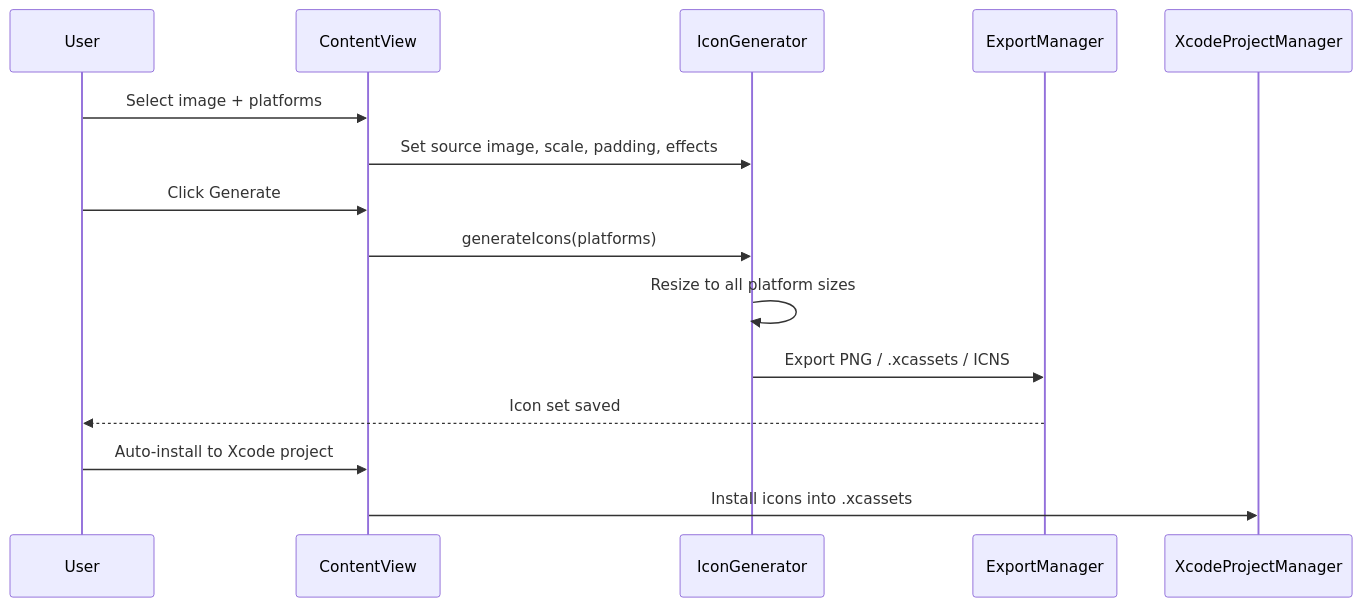
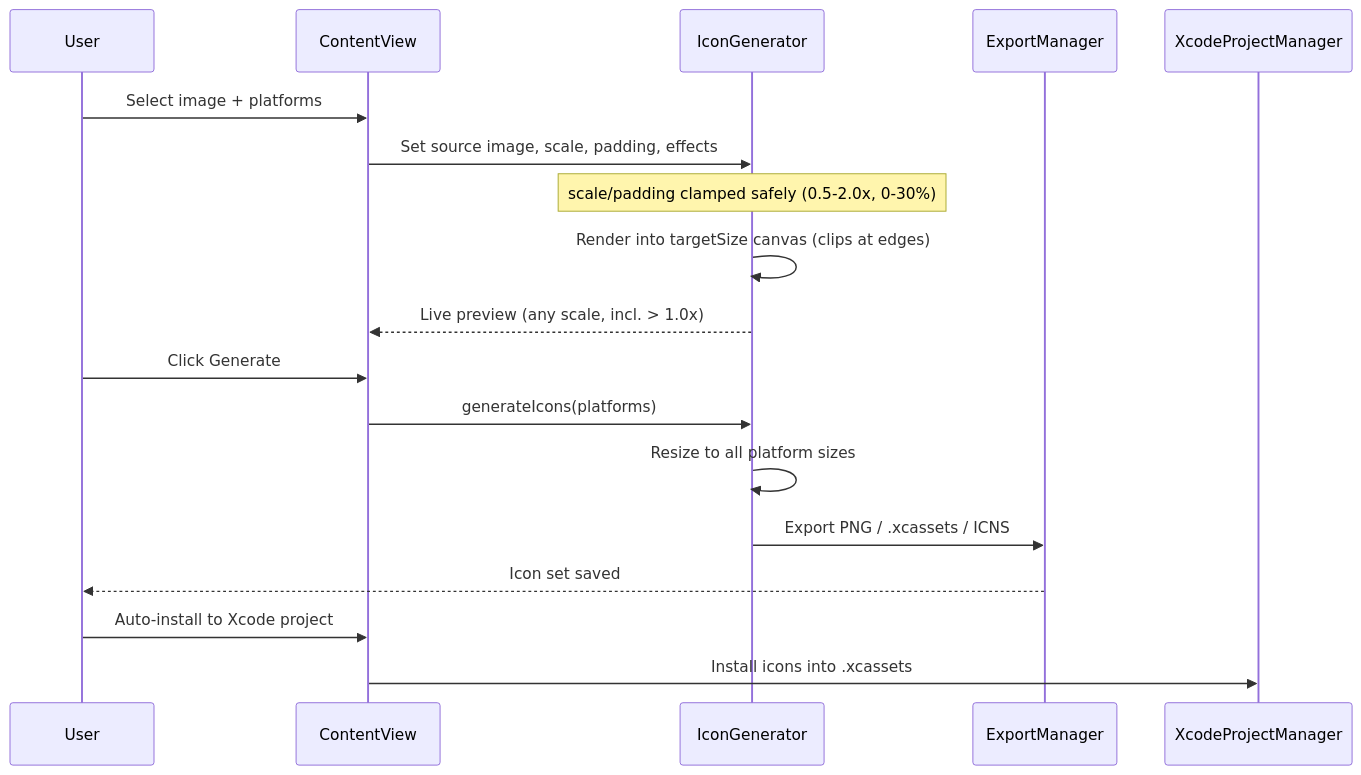
One commit to kochj23/icon-creator changed the second of 2 diagrams in README.md. Above: the diagram before and after it, drawn with Mermaid. The commit also changed other lines of this file and 5 other files, not shown here.

````diff
--- a/README.md
+++ b/README.md
@@ -71,18 +76,21 @@
 ```mermaid
 sequenceDiagram
     participant User
     participant ContentView
     participant IconGenerator
     participant ExportManager
     participant XcodeProjectManager
 
     User->>ContentView: Select image + platforms
     ContentView->>IconGenerator: Set source image, scale, padding, effects
+    Note over IconGenerator: scale/padding clamped safely (0.5-2.0x, 0-30%)
+    IconGenerator->>IconGenerator: Render into targetSize canvas (clips at edges)
+    IconGenerator-->>ContentView: Live preview (any scale, incl. > 1.0x)
     User->>ContentView: Click Generate
     ContentView->>IconGenerator: generateIcons(platforms)
     IconGenerator->>IconGenerator: Resize to all platform sizes
     IconGenerator->>ExportManager: Export PNG / .xcassets / ICNS
     ExportManager-->>User: Icon set saved
     User->>ContentView: Auto-install to Xcode project
     ContentView->>XcodeProjectManager: Install icons into .xcassets
 ```
````
